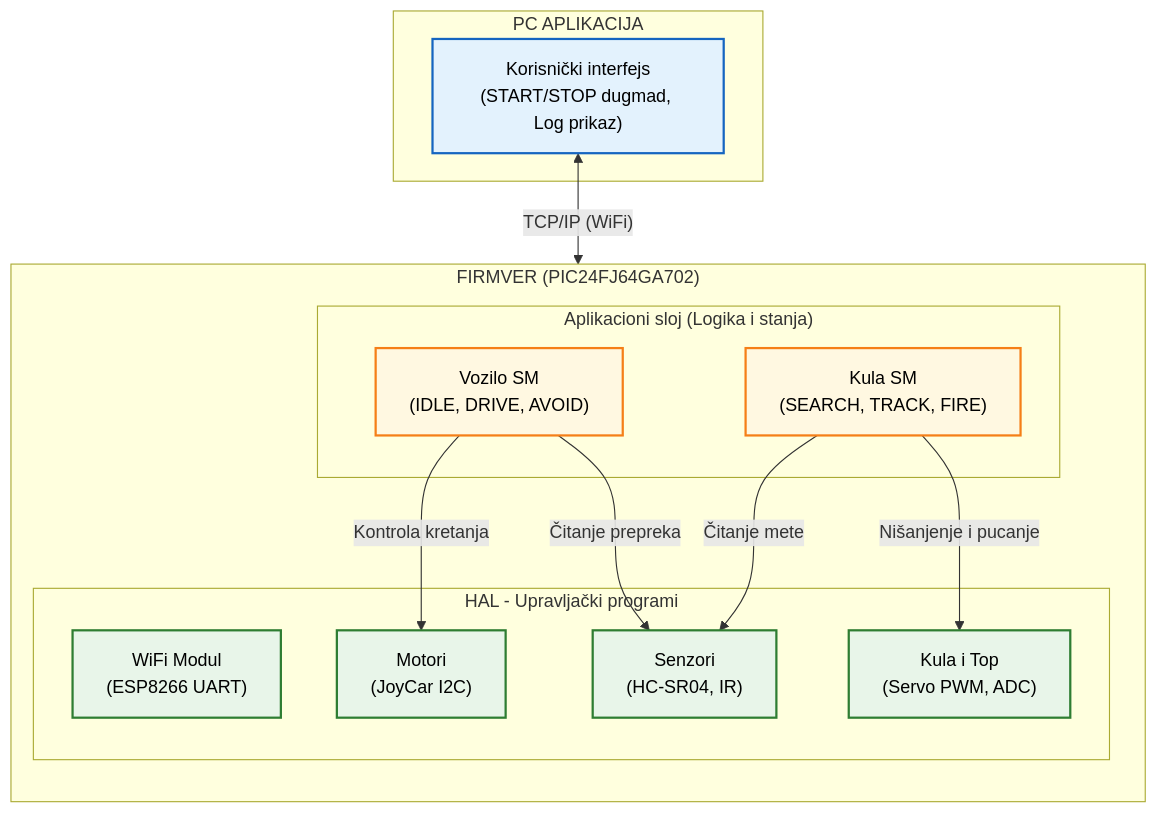
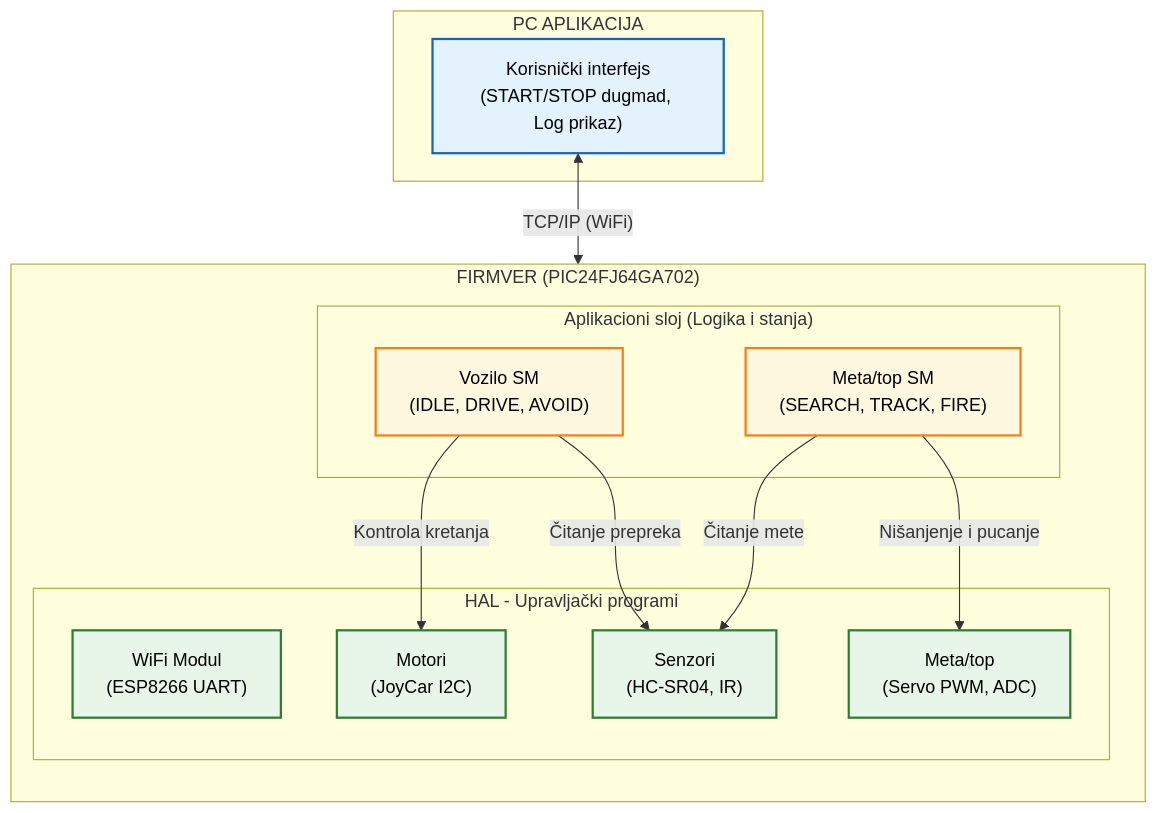
The diagram in docs/architecture/software.md (lukavidic/Vihor), drawn with Mermaid before and after one commit.

````diff
--- a/docs/architecture/software.md
+++ b/docs/architecture/software.md
@@ -29,40 +29,40 @@
 ```mermaid
 flowchart TD
     classDef layerApp fill:#e3f2fd,stroke:#1565c0,stroke-width:2px,color:#000
     classDef layerLogic fill:#fff8e1,stroke:#f57f17,stroke-width:2px,color:#000
     classDef layerHAL fill:#e8f5e9,stroke:#2e7d32,stroke-width:2px,color:#000
     
     subgraph PC["PC APLIKACIJA"]
         UI["Korisnički interfejs<br/>(START/STOP dugmad, Log prikaz)"]
     end
 
     subgraph FW["FIRMVER (PIC24FJ64GA702)"]
         direction TB
         
         subgraph LOGIKA["Aplikacioni sloj (Logika i stanja)"]
             SM_VEH["Vozilo SM<br/>(IDLE, DRIVE, AVOID)"]
-            SM_TUR["Kula SM<br/>(SEARCH, TRACK, FIRE)"]
+            SM_TUR["Meta/top SM<br/>(SEARCH, TRACK, FIRE)"]
         end
         
         subgraph HAL["HAL - Upravljački programi"]
             DRV_WIFI["WiFi Modul<br/>(ESP8266 UART)"]
             DRV_SENS["Senzori<br/>(HC-SR04, IR)"]
             DRV_MOT["Motori<br/>(JoyCar I2C)"]
-            DRV_TUR["Kula i Top<br/>(Servo PWM, ADC)"]
+            DRV_TUR["Meta/top<br/>(Servo PWM, ADC)"]
         end
     end
 
     %% Veze između slojeva
     UI <-->|"TCP/IP (WiFi)"| DRV_WIFI
     
     SM_VEH -->|"Kontrola kretanja"| DRV_MOT
     SM_VEH -->|"Čitanje prepreka"| DRV_SENS
     
     SM_TUR -->|"Nišanjenje i pucanje"| DRV_TUR
     SM_TUR -->|"Čitanje mete"| DRV_SENS
 
     %% Primjena stilova (boja)
     class UI layerApp;
     class SM_VEH,SM_TUR layerLogic;
     class DRV_WIFI,DRV_SENS,DRV_MOT,DRV_TUR layerHAL;
 ```
````
